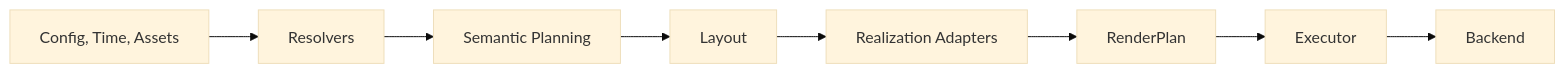
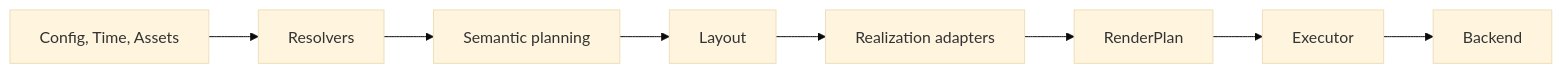
The diagram in ARCHITECTURE.md (generationtech/libration), drawn with Mermaid (base theme) before and after one commit. The commit also changed other lines of this file and 23 other files, not shown here.

````diff
--- a/ARCHITECTURE.md
+++ b/ARCHITECTURE.md
@@ -25,10 +35,10 @@
 ```mermaid
 flowchart LR
     IN[Config, Time, Assets] --> RES[Resolvers]
-    RES --> SEM[Semantic Planning]
+    RES --> SEM[Semantic planning]
     SEM --> LAY[Layout]
-    LAY --> ADA[Realization Adapters]
+    LAY --> ADA[Realization adapters]
     ADA --> RP[RenderPlan]
     RP --> EX[Executor]
     EX --> BE[Backend]
 ```
````
